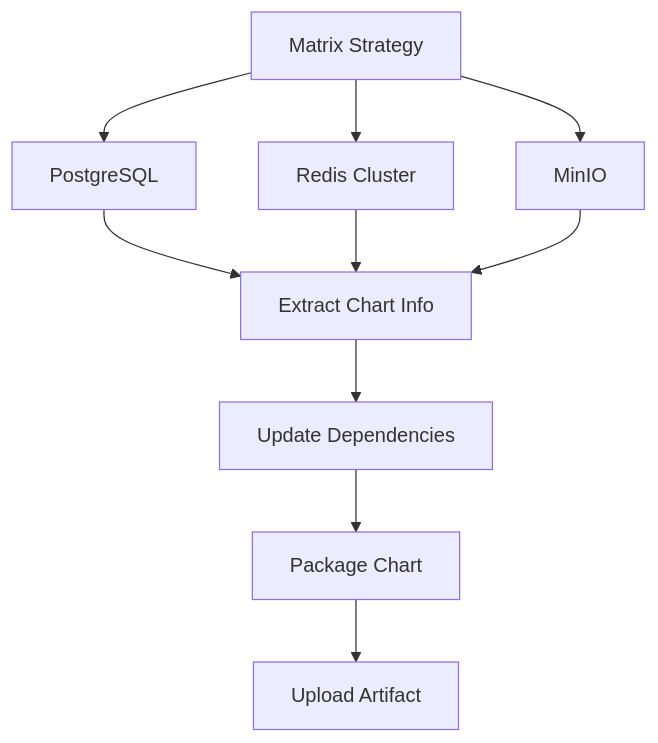
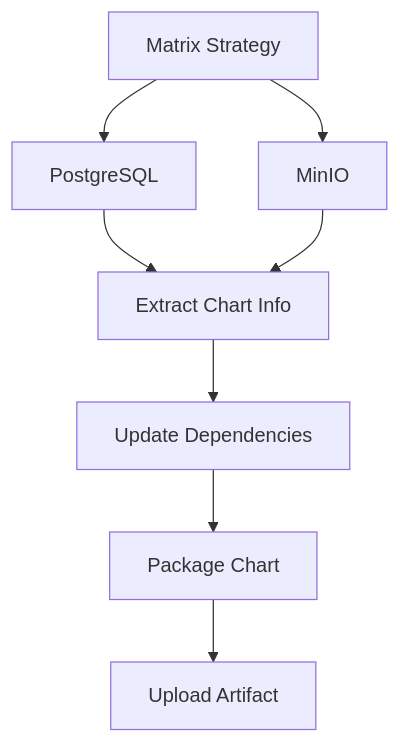
One commit to sct-software/bitnami-charts changed the fourth of 10 diagrams in SCT_README.md. Above: the diagram before and after it, drawn with Mermaid. The commit also changed other lines of this file and 31 other files, not shown here.

First line of the commit message:
INF-152: stop syncing redis-cluster chart (#4)

````diff
--- a/SCT_README.md
+++ b/SCT_README.md
@@ -123,14 +126,12 @@
 ```mermaid
 flowchart TD
     A[Matrix Strategy] --> B[PostgreSQL]
-    A --> C[Redis Cluster]
     A --> D[MinIO]
     
     B --> E[Extract Chart Info]
-    C --> E
     D --> E
     
     E --> F[Update Dependencies]
     F --> G[Package Chart]
     G --> H[Upload Artifact]
 ```
````
